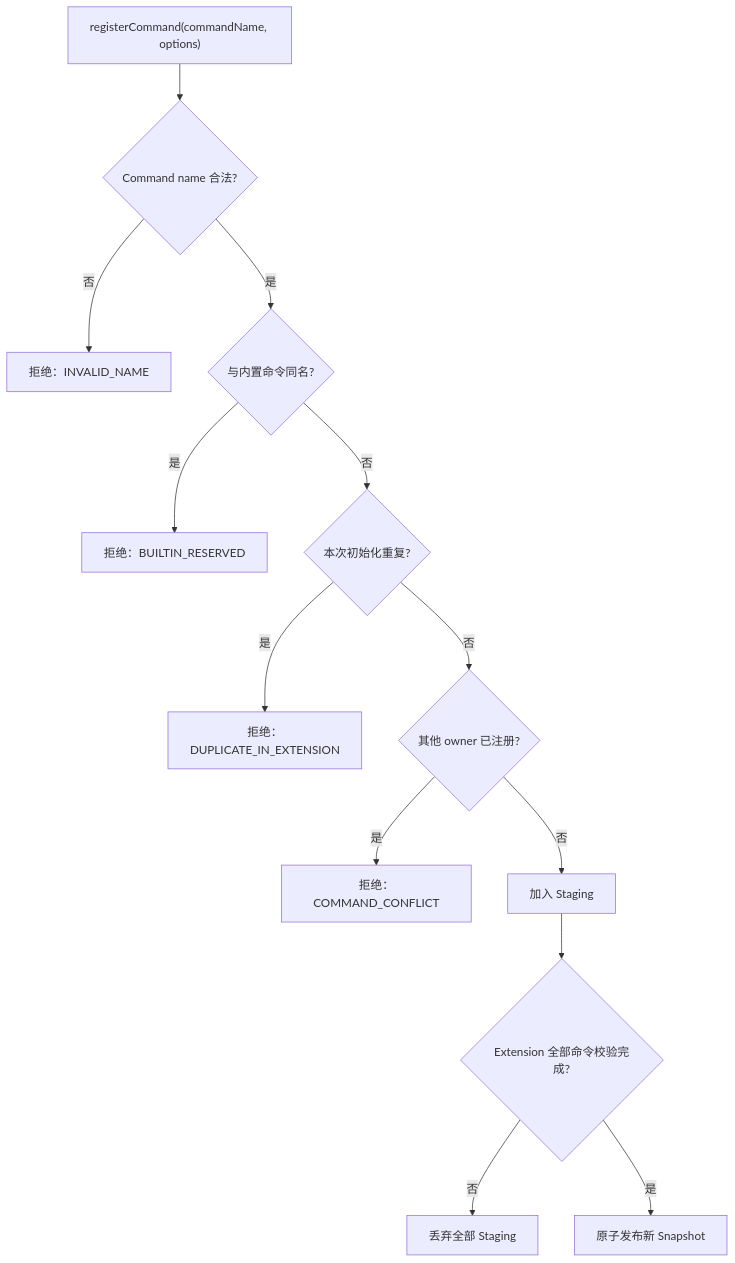
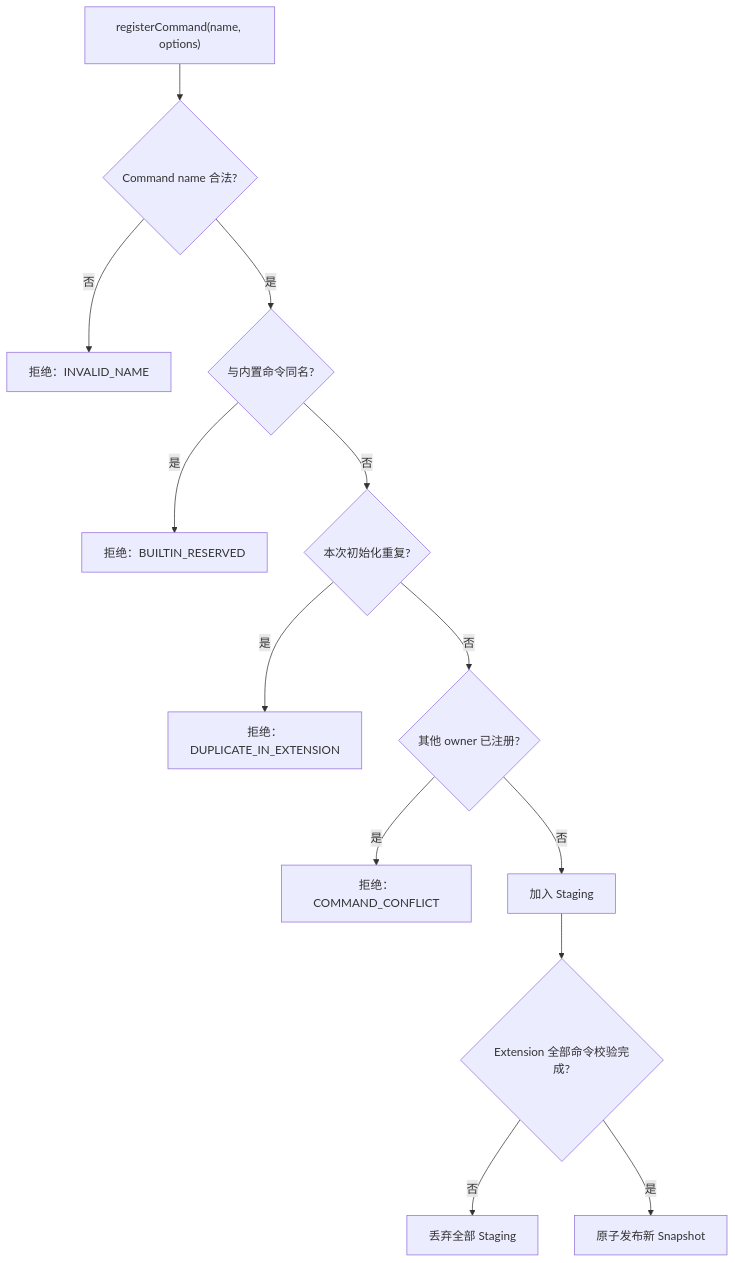
One commit to superheromeZzh/pi-mono-java-design changed the ninth of 20 diagrams in pi-mono-java-extension-command-SR设计.md. Above: the diagram before and after it, drawn with Mermaid. The commit also changed other lines of this file, not shown here.

Commit message:
docs: use name for command registration

````diff
--- a/pi-mono-java-extension-command-SR设计.md
+++ b/pi-mono-java-extension-command-SR设计.md
@@ -547,15 +547,15 @@
 ```mermaid
 flowchart TD
-    start["registerCommand(commandName, options)"] --> validName{"Command name 合法?"}
+    start["registerCommand(name, options)"] --> validName{"Command name 合法?"}
     validName -- 否 --> rejectName["拒绝：INVALID_NAME"]
     validName -- 是 --> builtin{"与内置命令同名?"}
     builtin -- 是 --> rejectBuiltin["拒绝：BUILTIN_RESERVED"]
     builtin -- 否 --> sameBatch{"本次初始化重复?"}
     sameBatch -- 是 --> rejectBatch["拒绝：DUPLICATE_IN_EXTENSION"]
     sameBatch -- 否 --> otherOwner{"其他 owner 已注册?"}
     otherOwner -- 是 --> rejectConflict["拒绝：COMMAND_CONFLICT"]
     otherOwner -- 否 --> stage["加入 Staging"]
     stage --> allValid{"Extension 全部命令校验完成?"}
     allValid -- 否 --> rollback["丢弃全部 Staging"]
     allValid -- 是 --> publish["原子发布新 Snapshot"]
 ```
````
